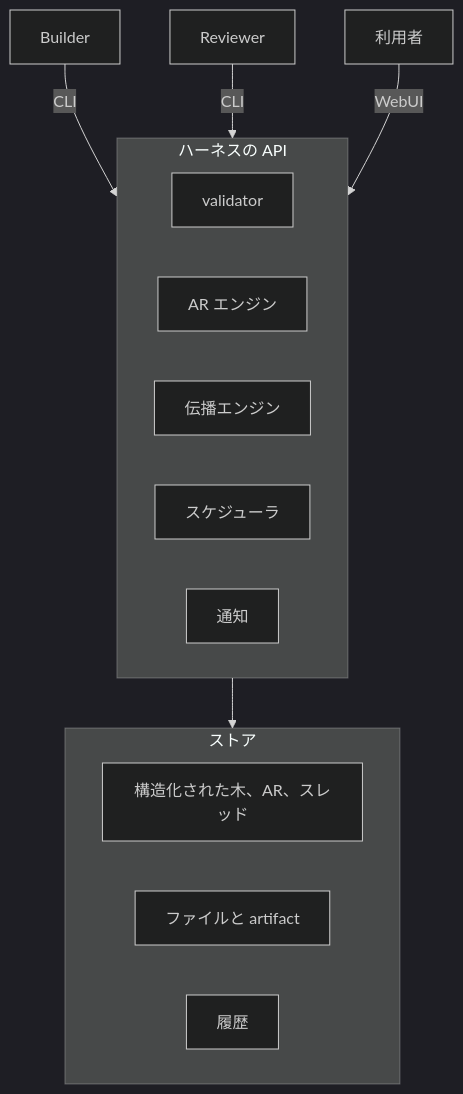
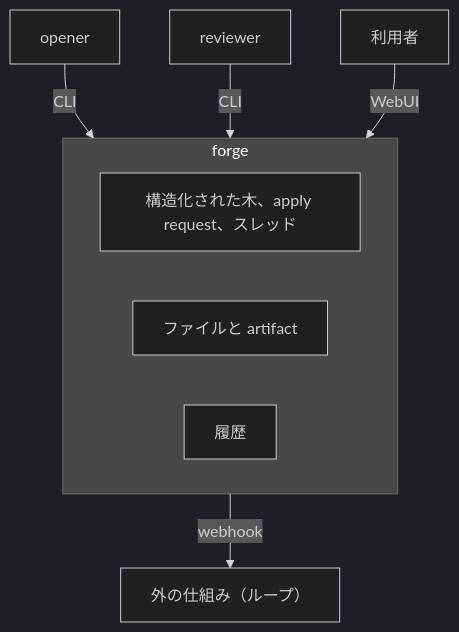
One commit to yamambainc/logiforge changed the diagram in docs/architecture/README.md. Above: the diagram before and after it, drawn with Mermaid (dark theme). The commit also changed other lines of this file and 27 other files, not shown here.

````diff
--- a/docs/architecture/README.md
+++ b/docs/architecture/README.md
@@ -7,19 +7,12 @@
 ```mermaid
 flowchart TB
-  B["Builder"] -- CLI --> API
-  R["Reviewer"] -- CLI --> API
-  U["利用者"] -- WebUI --> API
-  subgraph API["ハーネスの API"]
-    V["validator"]
-    AR["AR エンジン"]
-    P["伝播エンジン"]
-    S["スケジューラ"]
-    N["通知"]
-  end
-  API --> Store
-  subgraph Store["ストア"]
-    T["構造化された木、AR、スレッド"]
+  O["opener"] -- CLI --> S
+  R["reviewer"] -- CLI --> S
+  U["利用者"] -- WebUI --> S
+  subgraph S["forge"]
+    T["構造化された木、apply request、スレッド"]
     F["ファイルと artifact"]
     L["履歴"]
   end
+  S -- webhook --> X["外の仕組み（ループ）"]
 ```
````
